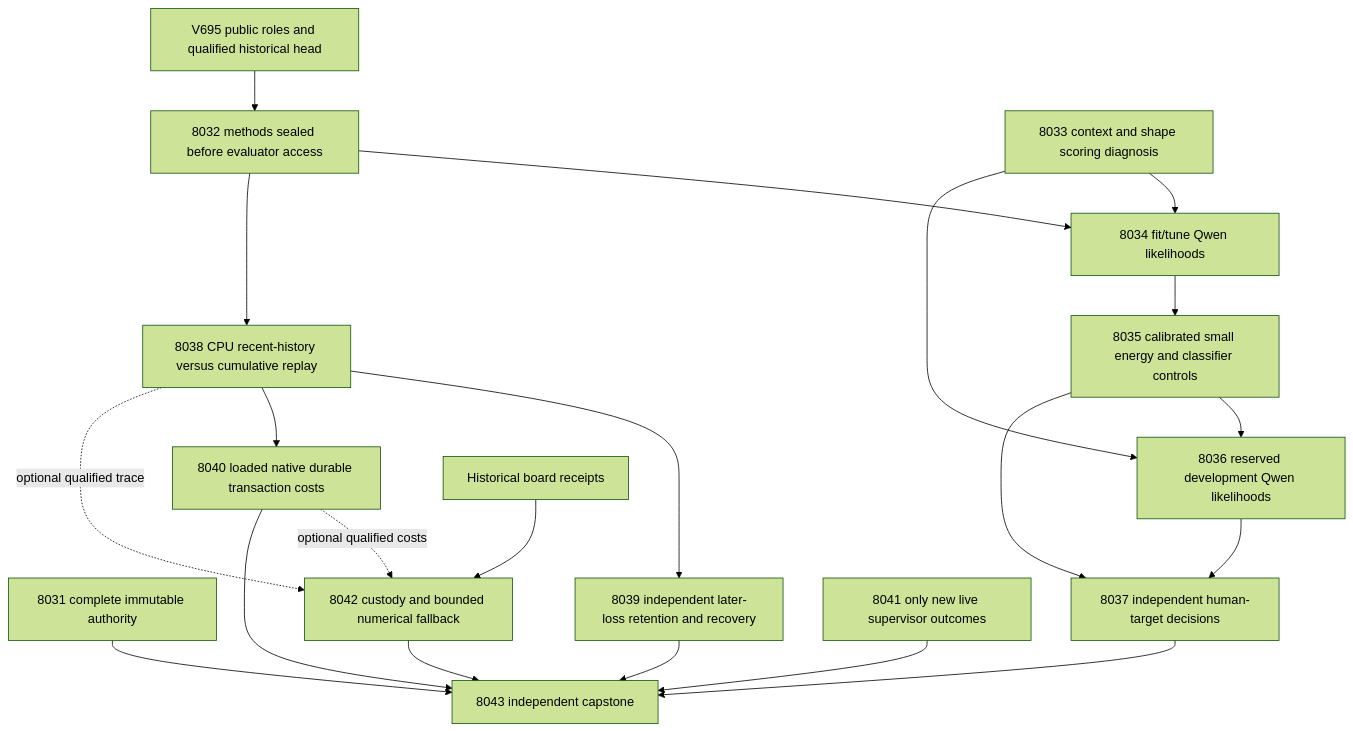
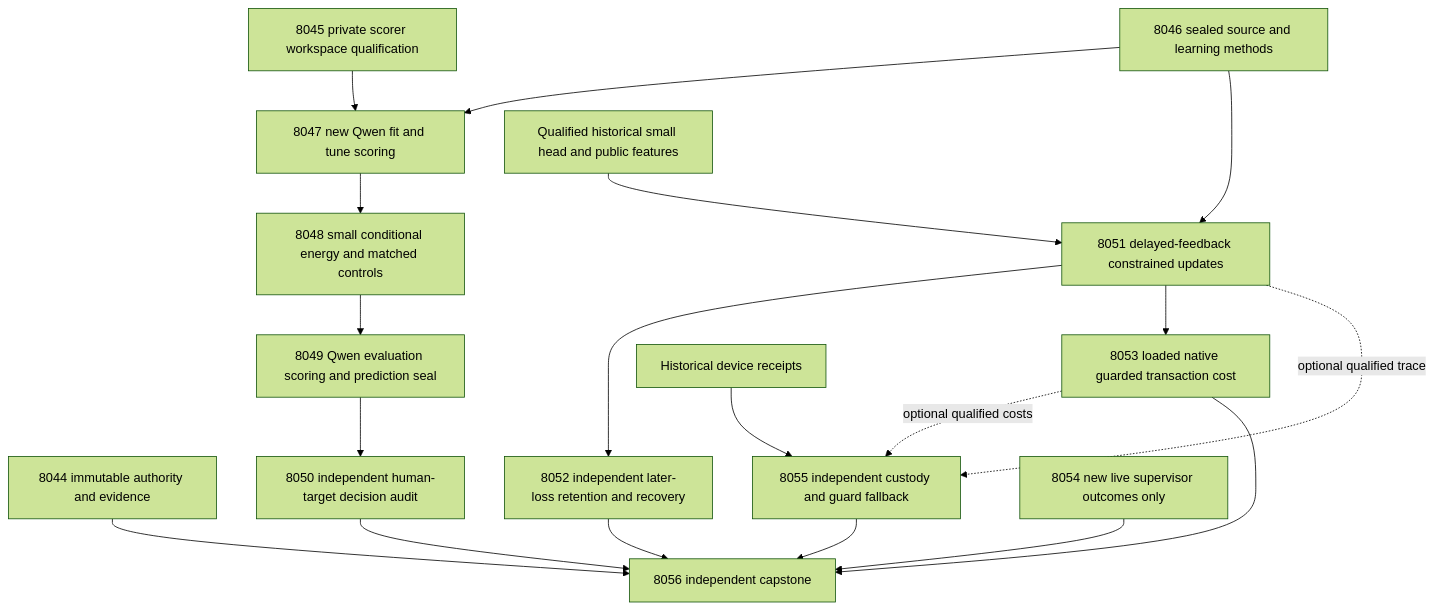
The first of 2 diagrams in openspec/change-proposals/research-roadmap-vNEXT.md (Carnot-EBM/carnot-ebm), drawn with Mermaid (forest theme) before and after one commit. The commit also changed other lines of this file and 14 other files, not shown here.

````diff
--- a/openspec/change-proposals/research-roadmap-vNEXT.md
+++ b/openspec/change-proposals/research-roadmap-vNEXT.md
@@ -86,23 +89,21 @@
 ```mermaid
 flowchart TD
-  A[8031 complete immutable authority] --> Z[8043 independent capstone]
-  H[V695 public roles and qualified historical head] --> P[8032 methods sealed before evaluator access]
-  R[8033 context and shape scoring diagnosis] --> F[8034 fit/tune Qwen likelihoods]
-  P --> F
-  F --> E[8035 calibrated small energy and classifier controls]
-  E --> V[8036 reserved development Qwen likelihoods]
-  R --> V
-  V --> D[8037 independent human-target decisions]
-  E --> D
-  P --> L[8038 CPU recent-history versus cumulative replay]
-  L --> I[8039 independent later-loss retention and recovery]
-  L --> N[8040 loaded native durable transaction costs]
-  B[Historical board receipts] --> Q[8042 custody and bounded numerical fallback]
-  L -. optional qualified trace .-> Q
-  N -. optional qualified costs .-> Q
-  S[8041 only new live supervisor outcomes] --> Z
+  A[8044 immutable authority and evidence] --> Z[8056 independent capstone]
+  W[8045 private scorer workspace qualification] --> C[8047 new Qwen fit and tune scoring]
+  P[8046 sealed source and learning methods] --> C
+  C --> E[8048 small conditional energy and matched controls]
+  E --> V[8049 Qwen evaluation scoring and prediction seal]
+  V --> D[8050 independent human-target decision audit]
+  P --> L[8051 delayed-feedback constrained updates]
+  H[Qualified historical small head and public features] --> L
+  L --> R[8052 independent later-loss retention and recovery]
+  L --> N[8053 loaded native guarded transaction cost]
+  B[Historical device receipts] --> F[8055 independent custody and guard fallback]
+  L -. optional qualified trace .-> F
+  N -. optional qualified costs .-> F
+  S[8054 new live supervisor outcomes only] --> Z
   D --> Z
-  I --> Z
+  R --> Z
   N --> Z
-  Q --> Z
+  F --> Z
 ```
````
